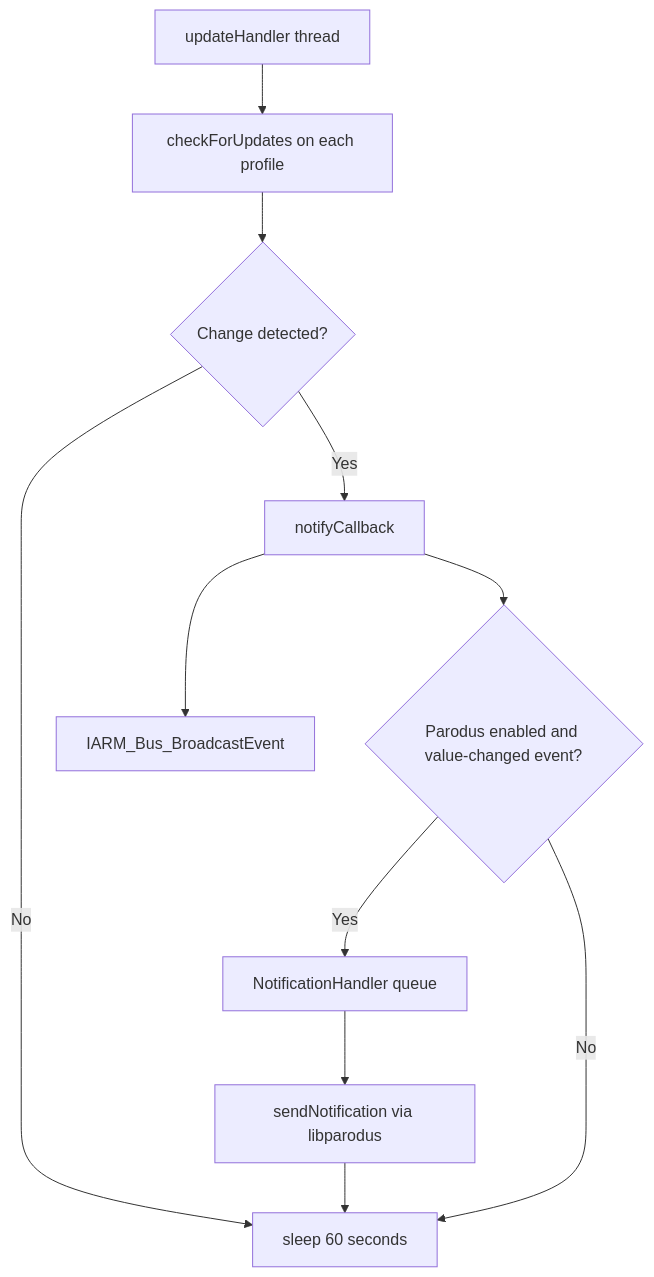
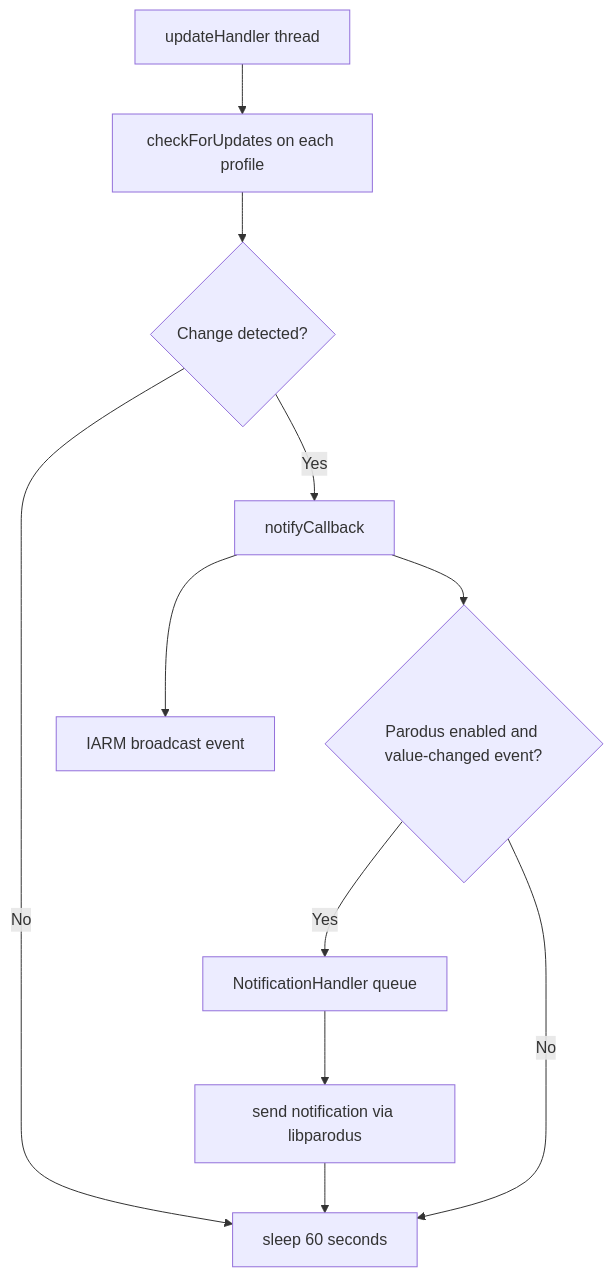
Before and after one commit to rdkcentral/tr69hostif: the third of 3 diagrams in docs/architecture/data-flow.md, drawn with Mermaid. The commit also changed other lines of this file, not shown here.

Commit message:
Fix rendering issue in data-flow.md

````diff
--- a/docs/architecture/data-flow.md
+++ b/docs/architecture/data-flow.md
@@ -74,13 +74,13 @@
 ```mermaid
 flowchart TD
-    A[updateHandler thread] --> B[checkForUpdates on each profile]
-    B --> C{Change detected?}
-    C -->|No| D[sleep 60 seconds]
-    C -->|Yes| E[notifyCallback]
-    E --> F[IARM_Bus_BroadcastEvent]
-    E --> G{Parodus enabled and value-changed event?}
-    G -->|Yes| H[NotificationHandler queue]
-    H --> I[sendNotification via libparodus]
+    A["updateHandler thread"] --> B["checkForUpdates on each profile"]
+    B --> C{"Change detected?"}
+    C -->|No| D["sleep 60 seconds"]
+    C -->|Yes| E["notifyCallback"]
+    E --> F["IARM broadcast event"]
+    E --> G{"Parodus enabled and value-changed event?"}
+    G -->|Yes| H["NotificationHandler queue"]
+    H --> I["send notification via libparodus"]
     G -->|No| D
     I --> D
 ```
````
